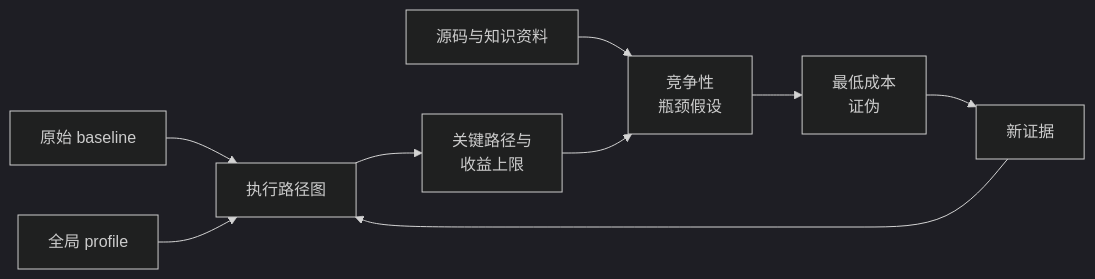
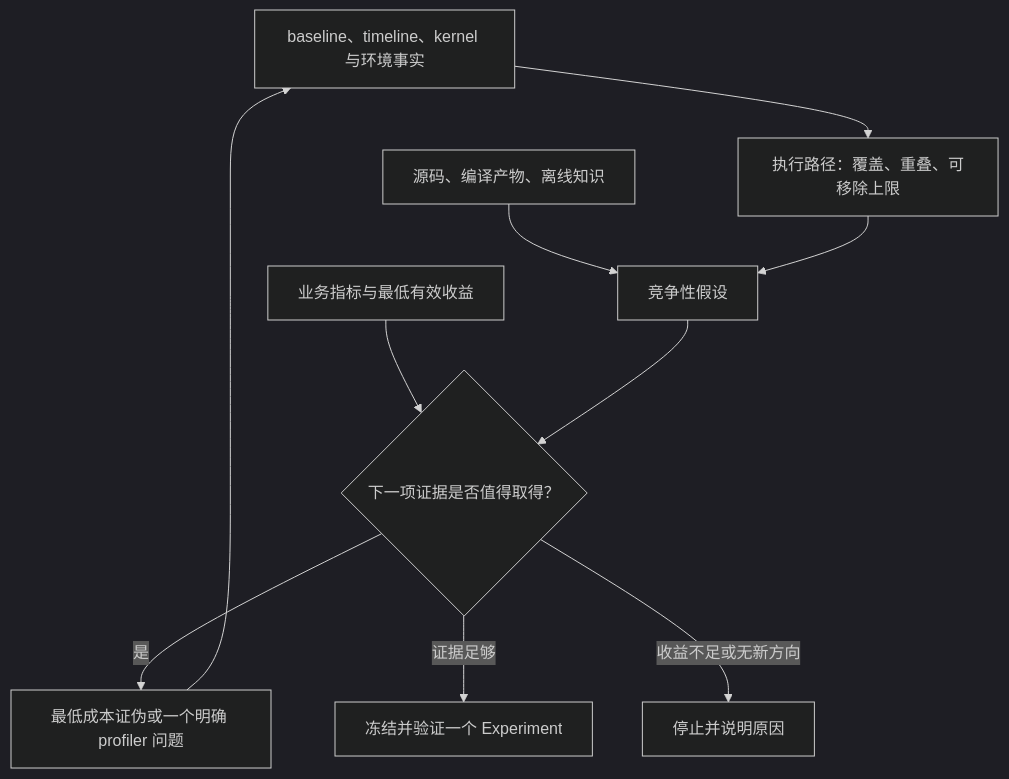
One commit to troycheng/cuda-kernel-optimizer changed the second of 2 diagrams in README.md. Above: the diagram before and after it, drawn with Mermaid (dark theme). The commit also changed other lines of this file and 88 other files, not shown here.

````diff
--- a/README.md
+++ b/README.md
@@ -78,11 +87,12 @@
 ```mermaid
-flowchart LR
-    baseline["原始 baseline"] --> execution["执行路径图"]
-    profile["全局 profile"] --> execution
-    execution --> accounting["关键路径与<br/>收益上限"]
-    source["源码与知识资料"] --> hypotheses["竞争性<br/>瓶颈假设"]
-    accounting --> hypotheses
-    hypotheses --> falsifier["最低成本<br/>证伪"]
-    falsifier --> evidence["新证据"]
-    evidence --> execution
+flowchart TD
+    facts["baseline、timeline、kernel 与环境事实"] --> map["执行路径：覆盖、重叠、可移除上限"]
+    source["源码、编译产物、离线知识"] --> hypotheses["竞争性假设"]
+    map --> hypotheses
+    objective["业务指标与最低有效收益"] --> decision{"下一项证据是否值得取得？"}
+    hypotheses --> decision
+    decision -->|"是"| check["最低成本证伪或一个明确 profiler 问题"]
+    check --> facts
+    decision -->|"证据足够"| experiment["冻结并验证一个 Experiment"]
+    decision -->|"收益不足或无新方向"| stop["停止并说明原因"]
 ```
````
